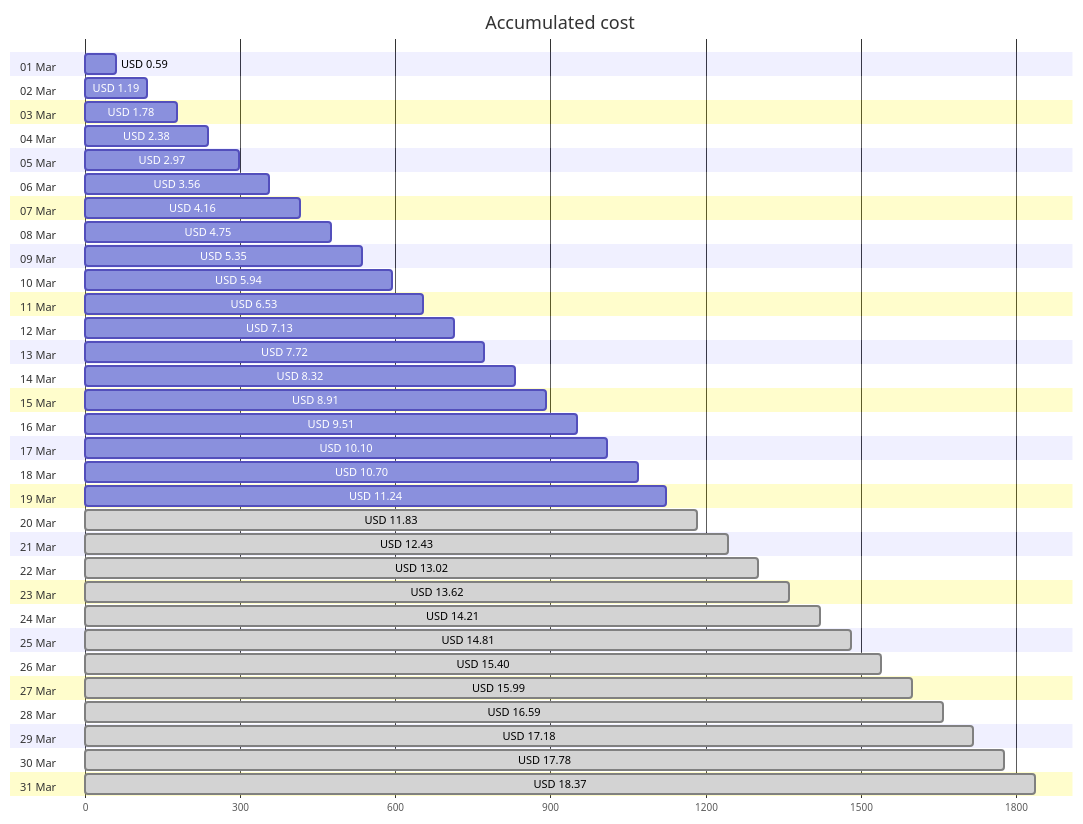
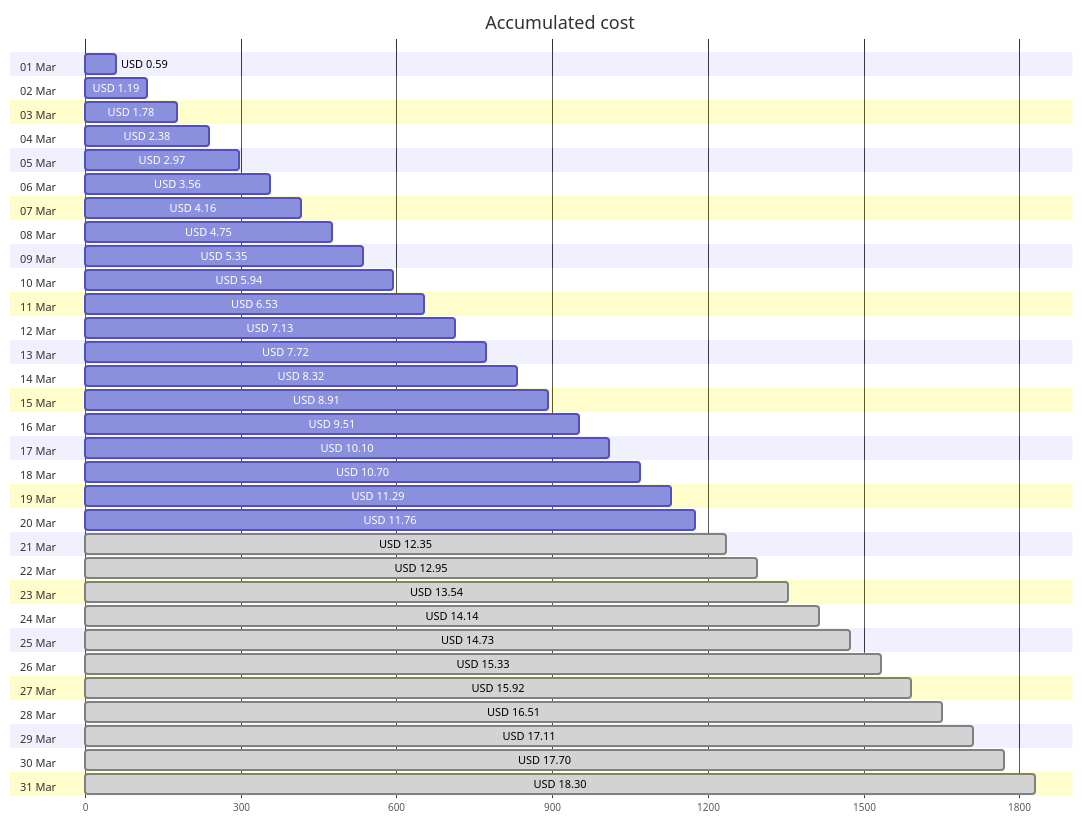
One commit to jpfulton/azure-personal-reports changed the first of 4 diagrams in cost-reports/personal-site/README.md. Above: the diagram before and after it, drawn with Mermaid. The commit also changed other lines of this file and 6 other files, not shown here.

````diff
--- a/cost-reports/personal-site/README.md
+++ b/cost-reports/personal-site/README.md
@@ -20,68 +20,68 @@
 ```mermaid
 gantt
    title Accumulated cost
    dateFormat  X
    axisFormat %s
    section 01 Mar
    USD 0.59 :0, 59
    section 02 Mar
    USD 1.19 :0, 119
    section 03 Mar
    USD 1.78 :0, 178
    section 04 Mar
    USD 2.38 :0, 238
    section 05 Mar
    USD 2.97 :0, 297
    section 06 Mar
    USD 3.56 :0, 356
    section 07 Mar
    USD 4.16 :0, 416
    section 08 Mar
    USD 4.75 :0, 475
    section 09 Mar
    USD 5.35 :0, 535
    section 10 Mar
    USD 5.94 :0, 594
    section 11 Mar
    USD 6.53 :0, 653
    section 12 Mar
    USD 7.13 :0, 713
    section 13 Mar
    USD 7.72 :0, 772
    section 14 Mar
    USD 8.32 :0, 832
    section 15 Mar
    USD 8.91 :0, 891
    section 16 Mar
    USD 9.51 :0, 951
    section 17 Mar
    USD 10.10 :0, 1010
    section 18 Mar
    USD 10.70 :0, 1070
    section 19 Mar
-   USD 11.24 :0, 1124
+   USD 11.29 :0, 1129
    section 20 Mar
-   USD 11.83 : done, 0, 1183
+   USD 11.76 :0, 1176
    section 21 Mar
-   USD 12.43 : done, 0, 1243
+   USD 12.35 : done, 0, 1235
    section 22 Mar
-   USD 13.02 : done, 0, 1302
+   USD 12.95 : done, 0, 1295
    section 23 Mar
-   USD 13.62 : done, 0, 1362
+   USD 13.54 : done, 0, 1354
    section 24 Mar
-   USD 14.21 : done, 0, 1421
+   USD 14.14 : done, 0, 1414
    section 25 Mar
-   USD 14.81 : done, 0, 1481
+   USD 14.73 : done, 0, 1473
    section 26 Mar
-   USD 15.40 : done, 0, 1540
+   USD 15.33 : done, 0, 1533
    section 27 Mar
-   USD 15.99 : done, 0, 1599
+   USD 15.92 : done, 0, 1592
    section 28 Mar
-   USD 16.59 : done, 0, 1659
+   USD 16.51 : done, 0, 1651
    section 29 Mar
-   USD 17.18 : done, 0, 1718
+   USD 17.11 : done, 0, 1711
    section 30 Mar
-   USD 17.78 : done, 0, 1778
+   USD 17.70 : done, 0, 1770
    section 31 Mar
-   USD 18.37 : done, 0, 1837
+   USD 18.30 : done, 0, 1830
 ```
````
